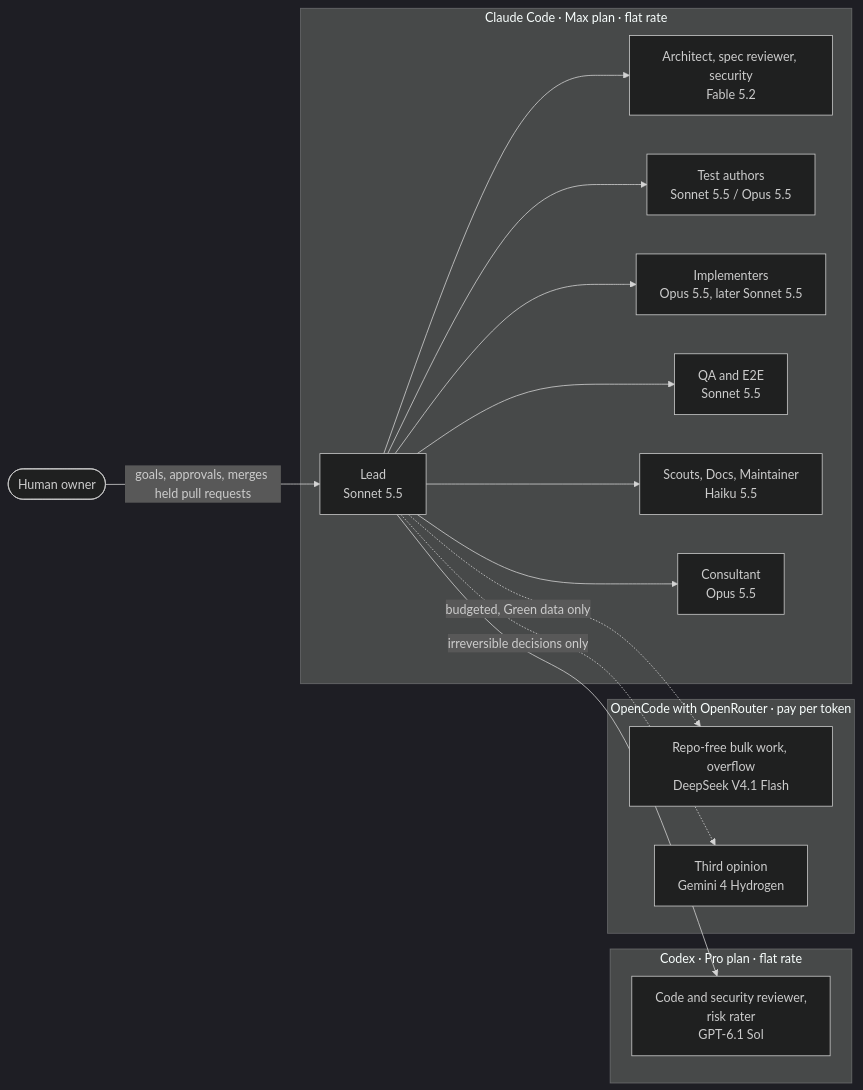
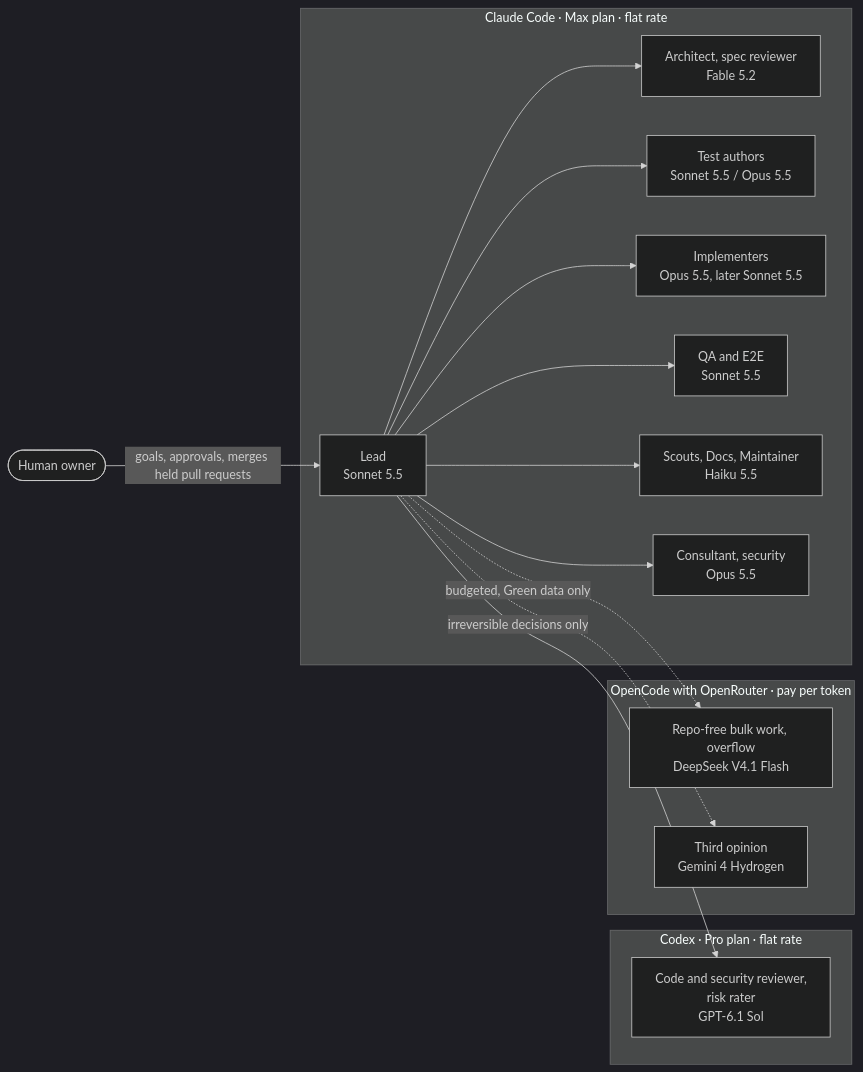
Before and after one commit to gerdschaeffer/t3-agentic-coding: the first of 12 diagrams in CONCEPT.md, drawn with Mermaid (dark theme). The commit also changed other lines of this file and 1 other file, not shown here.

First line of the commit message:
Move security-engineer from Fable 5.2 to Opus 5.5

````diff
--- a/CONCEPT.md
+++ b/CONCEPT.md
@@ -48,30 +48,30 @@
 ```mermaid
 flowchart LR
     H(["Human owner"])
     subgraph CC["Claude Code · Max plan · flat rate"]
         L["Lead<br/>Sonnet 5.5"]
-        A["Architect, spec reviewer, security<br/>Fable 5.2"]
+        A["Architect, spec reviewer<br/>Fable 5.2"]
         T["Test authors<br/>Sonnet 5.5 / Opus 5.5"]
         I["Implementers<br/>Opus 5.5, later Sonnet 5.5"]
         Q["QA and E2E<br/>Sonnet 5.5"]
         S["Scouts, Docs, Maintainer<br/>Haiku 5.5"]
-        C["Consultant<br/>Opus 5.5"]
+        C["Consultant, security<br/>Opus 5.5"]
     end
     subgraph CX["Codex · Pro plan · flat rate"]
         R["Code and security reviewer,<br/>risk rater<br/>GPT-6.1 Sol"]
     end
     subgraph OR["OpenCode with OpenRouter · pay per token"]
         B["Repo-free bulk work, overflow<br/>DeepSeek V4.1 Flash"]
         G["Third opinion<br/>Gemini 4 Hydrogen"]
     end
     H -- "goals, approvals, merges held pull requests" --> L
     L --> A
     L --> I
     L --> Q
     L --> S
     L --> R
     L --> T
     L --> C
     L -. "budgeted, Green data only" .-> B
     L -. "irreversible decisions only" .-> G
 ```
````
